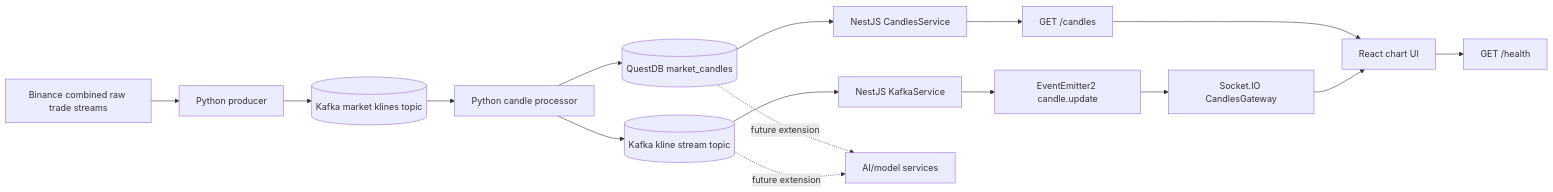
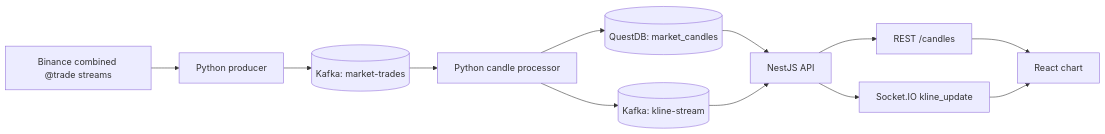
Before and after one commit to Zane-Theodore/NexTick: the diagram in README.md, drawn with Mermaid. The commit also changed other lines of this file and 3 other files, not shown here.

````diff
--- a/README.md
+++ b/README.md
@@ -24,21 +9,14 @@
 ```mermaid
 flowchart LR
-  binance["Binance combined raw trade streams"] --> producer["Python producer"]
-  producer --> marketKlines[("Kafka market klines topic")]
-  marketKlines --> processor["Python candle processor"]
-  processor --> questdb[("QuestDB market_candles")]
-  processor --> kline[("Kafka kline stream topic")]
-
-  questdb --> backendRest["NestJS CandlesService"]
-  backendRest --> rest["GET /candles"]
-  kline --> kafkaConsumer["NestJS KafkaService"]
-  kafkaConsumer --> eventBus["EventEmitter2 candle.update"]
-  eventBus --> gateway["Socket.IO CandlesGateway"]
-
-  rest --> frontend["React chart UI"]
-  gateway --> frontend
-  frontend --> health["GET /health"]
-
-  questdb -. future extension .-> ai["AI/model services"]
-  kline -. future extension .-> ai
+  B[Binance combined @trade streams] --> P[Python producer]
+  P --> T1[(Kafka: market-trades)]
+  T1 --> C[Python candle processor]
+  C --> Q[(QuestDB: market_candles)]
+  C --> T2[(Kafka: kline-stream)]
+  Q --> A[NestJS API]
+  T2 --> A
+  A --> R[REST /candles]
+  A --> S[Socket.IO kline_update]
+  R --> F[React chart]
+  S --> F
 ```
````
